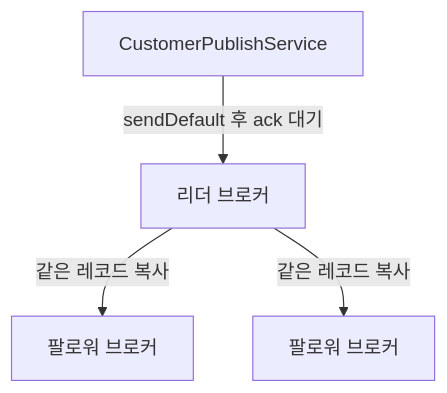
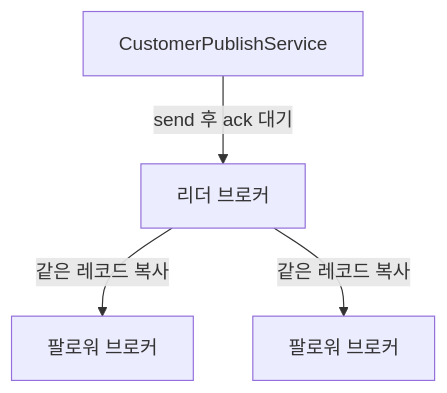
One commit to zustarttf/kafka_test changed the first of 6 diagrams in docs/kafka-basics.md. Above: the diagram before and after it, drawn with Mermaid. The commit also changed other lines of this file and 4 other files, not shown here.

````diff
--- a/docs/kafka-basics.md
+++ b/docs/kafka-basics.md
@@ -36,10 +36,10 @@
 ```mermaid
 flowchart TB
   app[CustomerPublishService]
   leader[리더 브로커]
   f1[팔로워 브로커]
   f2[팔로워 브로커]
-  app -->|sendDefault 후 ack 대기| leader
+  app -->|send 후 ack 대기| leader
   leader -->|같은 레코드 복사| f1
   leader -->|같은 레코드 복사| f2
 ```
````
